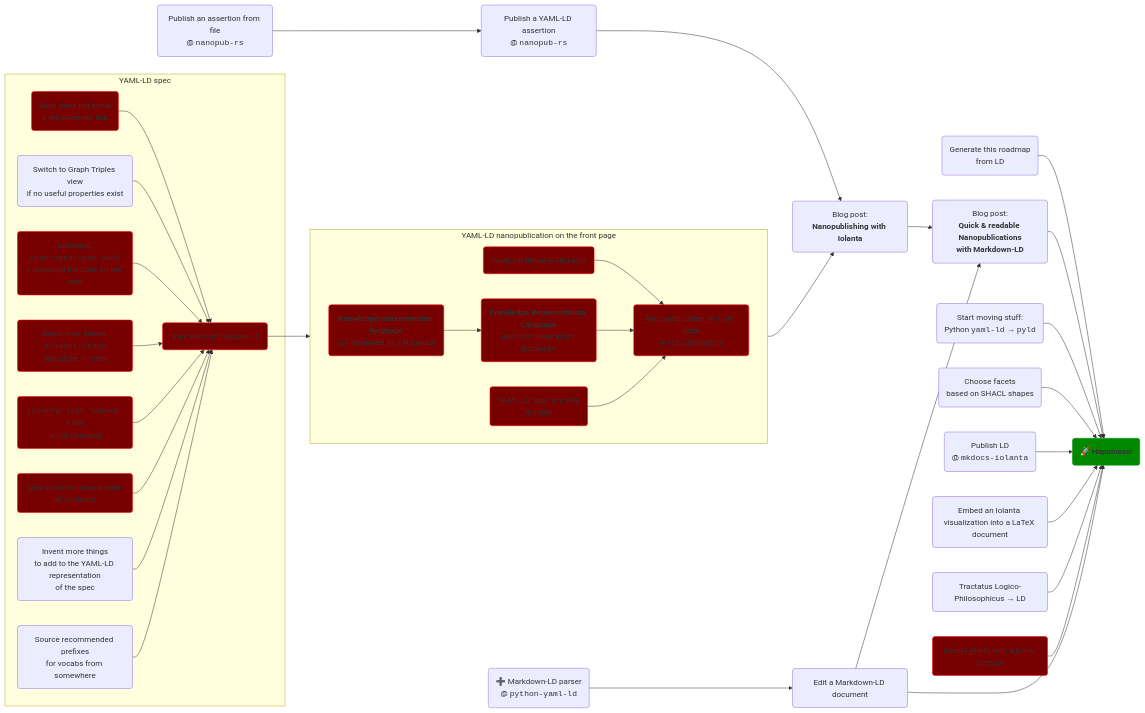
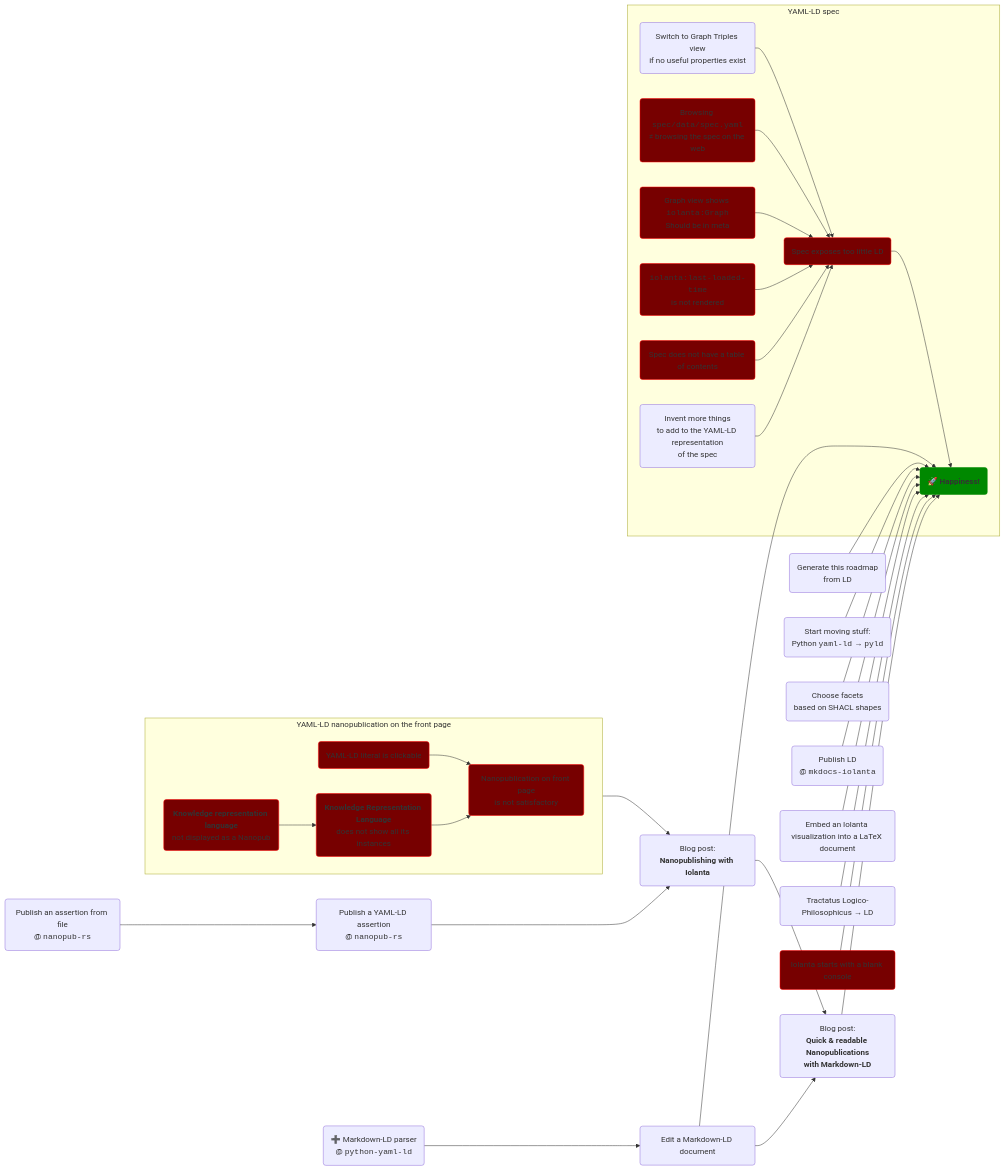
The diagram in docs/roadmap.md (iolanta-tech/iolanta), drawn with Mermaid before and after one commit.

Commit message:
Update roadmap

````diff
--- a/docs/roadmap.md
+++ b/docs/roadmap.md
@@ -15,74 +15,66 @@
 ```mermaid
 graph LR
     happiness("🚀 Happiness!")
     classDef happiness fill:#080,stroke:#080,stroke-width:1px,font-weight:bold;
     class happiness happiness
     
     generate-roadmap("Generate this roadmap<br/>from LD") --> happiness
     
     nanopub-blog-post("Blog post:<br/><strong>Nanopublishing with Iolanta</strong>") --> markdown-nanopub-blog-post("Blog post:<br/><strong>Quick & readable Nanopublications<br/>with Markdown-LD") --> happiness
     
     nanopub-rs-graph("Publish an assertion from file<br/>@ <code>nanopub-rs</code>") --> nanopub-yaml-ld("Publish a YAML-LD assertion<br/>@ <code>nanopub-rs</code>") --> nanopub-blog-post
     
     plan-yaml-ld-to-pyld("Start moving stuff:<br/>Python <code>yaml-ld</code> → <code>pyld</code>") --> happiness
     
     shacl("Choose facets<br/>based on SHACL shapes") --> happiness
     publish-with-mkdocs("Publish LD<br/>@ <code>mkdocs-iolanta</code>") --> happiness
     
     tex("Embed an Iolanta visualization into a LaTeX document") --> happiness
     tractatus("Tractatus Logico-Philosophicus → LD") --> happiness
     
     starts-from-console("Iolanta starts with a blank console") --> happiness
     class starts-from-console bug
     
     subgraph "YAML-LD nanopublication on the front page"
         direction LR
         nanopublication-is-not-satisfactory("Nanopublication on front page<br/>is not satisfactory")
         class nanopublication-is-not-satisfactory bug
         
         literal-clickable("YAML-LD literal is clickable") --> nanopublication-is-not-satisfactory
         click literal-clickable "https://github.com/iolanta-tech/iolanta/issues/260"
         class literal-clickable bug
         
         fip-term-messy("<strong>Knowledge representation language</strong><br/>not displayed as a Nanopub") --> fip-term-instances("<strong>Knowledge Representation Language</strong><br/>does not show all its instances") --> nanopublication-is-not-satisfactory
         class fip-term-messy bug
         class fip-term-instances bug
-        
-        spec("YAML-LD spec is a URL<br/>not title") --> nanopublication-is-not-satisfactory
-        class spec bug
     end
     
     subgraph "YAML-LD spec"
-        spec-not-ld("Spec does not expose LD") --> spec
+        spec-not-ld("Spec exposes too little LD") --> happiness
         class spec-not-ld bug
-
-        rel-alternate("Spec does not show<br/>a rel=alternate link") --> spec-not-ld
-        class rel-alternate bug
         
         switch-to-graph("Switch to Graph Triples view<br/>if no useful properties exist") --> spec-not-ld
         
         mismatch("Browsing <code>spec/data/spec.yaml</code><br/>≠ browsing the spec on the web") --> spec-not-ld
         class mismatch bug
 
         gig("Graph view shows <code>iolanta:Graph</code><br/>Should be in meta") --> spec-not-ld
         class gig bug
         
         last-loaded-time("<code>iolanta:last-loaded-time</code><br/>is not rendered") --> spec-not-ld
         class last-loaded-time bug
         
         spec-toc("Spec does not have a table of contents") --> spec-not-ld
         class spec-toc bug
         
         more("Invent more things<br/>to add to the YAML-LD representation<br/>of the spec") --> spec-not-ld
-        
-        prefixes("Source recommended prefixes<br/>for vocabs from somewhere") --> spec-not-ld
     end
     
     nanopublication-is-not-satisfactory --> nanopub-blog-post
     
     python-yaml-ld-markdown-ld("➕ Markdown-LD parser<br/>@ <code>python-yaml-ld</code>") --> markdown-ld("Edit a Markdown-LD document") --> markdown-nanopub-blog-post
     click markdown-ld "https://github.com/iolanta-tech/iolanta/issues/261"
     markdown-ld --> happiness
         
     classDef bug fill:#700,stroke:#f00,stroke-width:1px;
 ```
````
